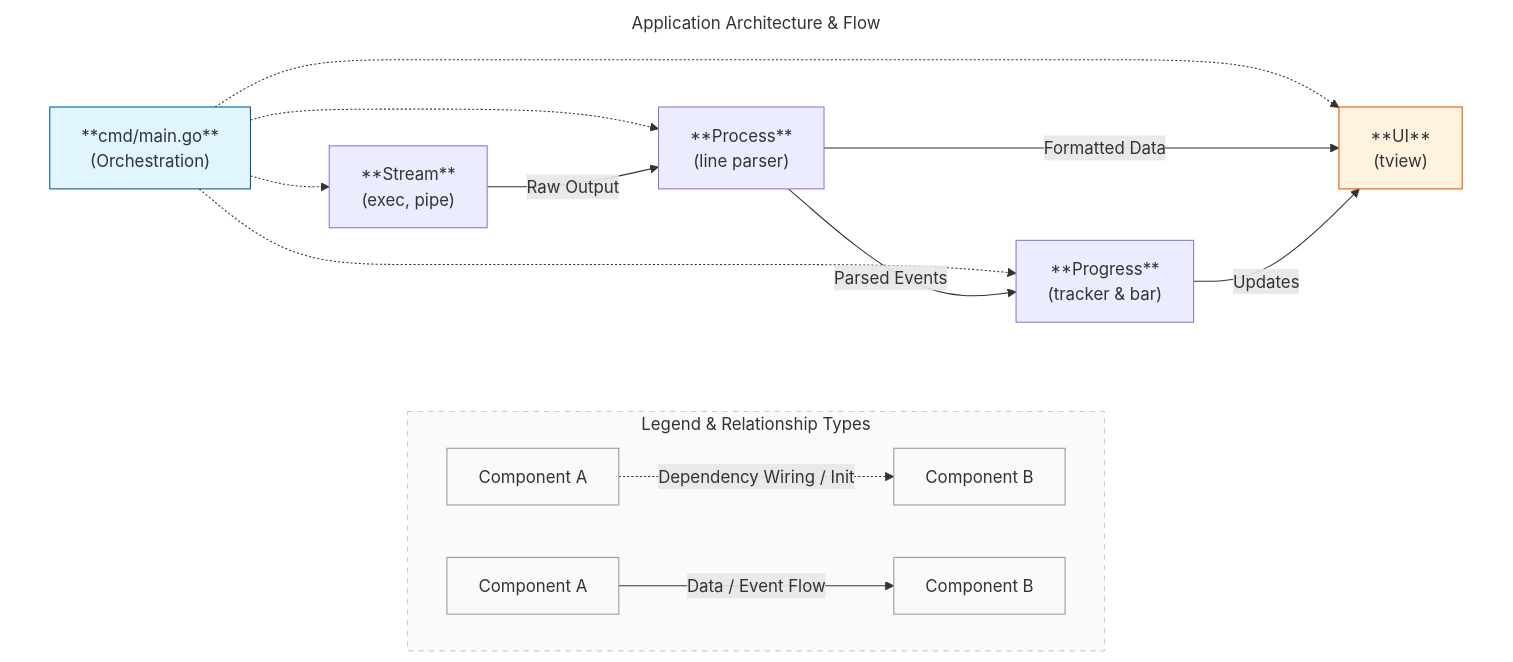
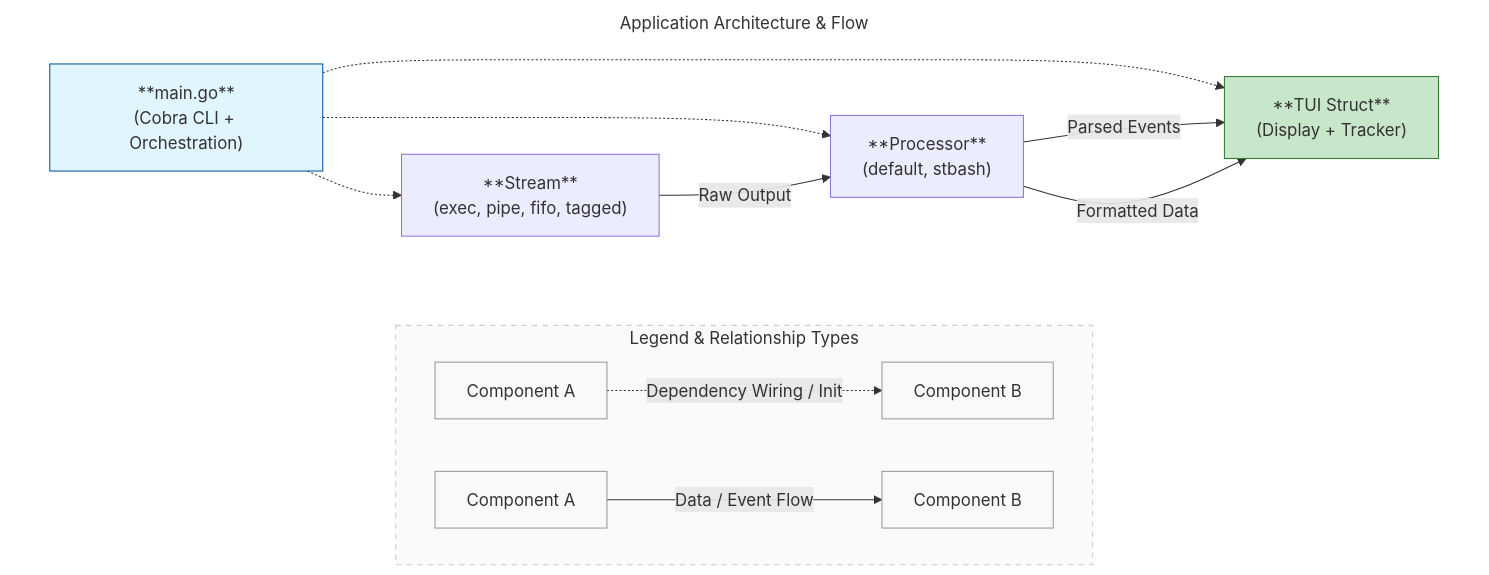
The diagram in hexo/source/_posts/en/showcases-of-several-fundamental-go-patterns-for-building-concurrent-systems.md (pivaldi/blog.piprime.fr), drawn with Mermaid before and after one commit. The commit also changed other lines of this file, not shown here.

````diff
--- a/hexo/source/_posts/en/showcases-of-several-fundamental-go-patterns-for-building-concurrent-systems.md
+++ b/hexo/source/_posts/en/showcases-of-several-fundamental-go-patterns-for-building-concurrent-systems.md
@@ -28,46 +28,45 @@
 ```mermaid
 graph TD
     %% Define the application flow in a container
     subgraph Application ["Application Architecture & Flow"]
         %% Main Orchestrator
-        Main["**cmd/main.go**<br/>(Orchestration)"]
+        Main["**main.go**<br/>(Cobra CLI + Orchestration)"]
+
+        %% TUI Composite
+        TUI["**TUI Struct**<br/>(Display + Tracker)"]
 
         %% Components
-        Stream["**Stream**<br/>(exec, pipe)"]
-        Process["**Process**<br/>(line parser)"]
-        Progress["**Progress**<br/>(tracker & bar)"]
-        UI["**UI**<br/>(tview)"]
+        Stream["**Stream**<br/>(exec, pipe, fifo, tagged)"]
+        Process["**Processor**<br/>(default, stbash)"]
 
         %% Dependency Injection / Initialization
+        Main -.-> TUI
         Main -.-> Stream
         Main -.-> Process
-        Main -.-> Progress
-        Main -.-> UI
 
         %% Data Flow
         Stream -- "Raw Output" --> Process
-        Process -- "Parsed Events" --> Progress
-        Process -- "Formatted Data" --> UI
-        Progress -- "Updates" --> UI
+        Process -- "Parsed Events" --> TUI
+        Process -- "Formatted Data" --> TUI
     end
 
     %% Invisible connection to force the Legend below the Application
     Application ~~~ Legend
 
     %% Define the Legend in a separate container
     subgraph Legend ["Legend & Relationship Types"]
         direction LR  %% Force legend items to align horizontally
         L1[Component A] -. "Dependency Wiring / Init" .-> L2[Component B]
         L3[Component A] -- "Data / Event Flow" --> L4[Component B]
     end
 
     %% Styling
     style Main fill:#e1f5fe,stroke:#01579b
+    style TUI fill:#c8e6c9,stroke:#2e7d32
     style Application fill:none,stroke:none
     style Legend fill:#fafafa,stroke:#ccc,stroke-dasharray: 5 5
-    style UI fill:#fff3e0,stroke:#e65100
     style L1 fill:#f9f9f9,stroke:#999
     style L2 fill:#f9f9f9,stroke:#999
     style L3 fill:#f9f9f9,stroke:#999
     style L4 fill:#f9f9f9,stroke:#999
 ```
````
